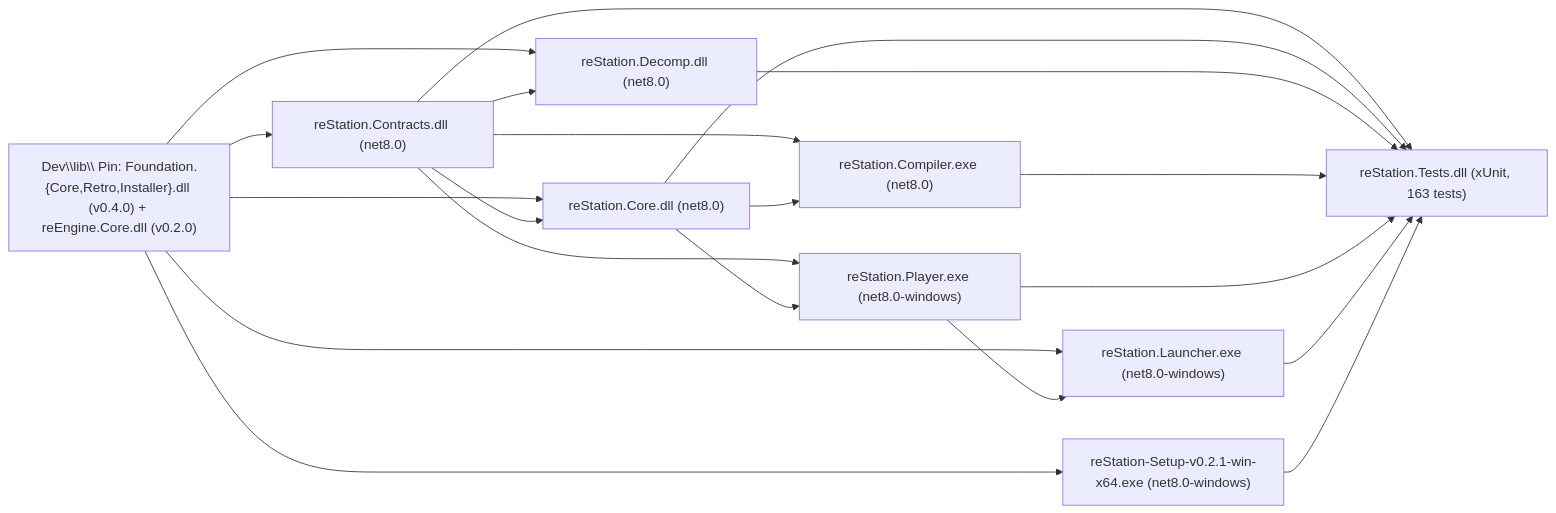
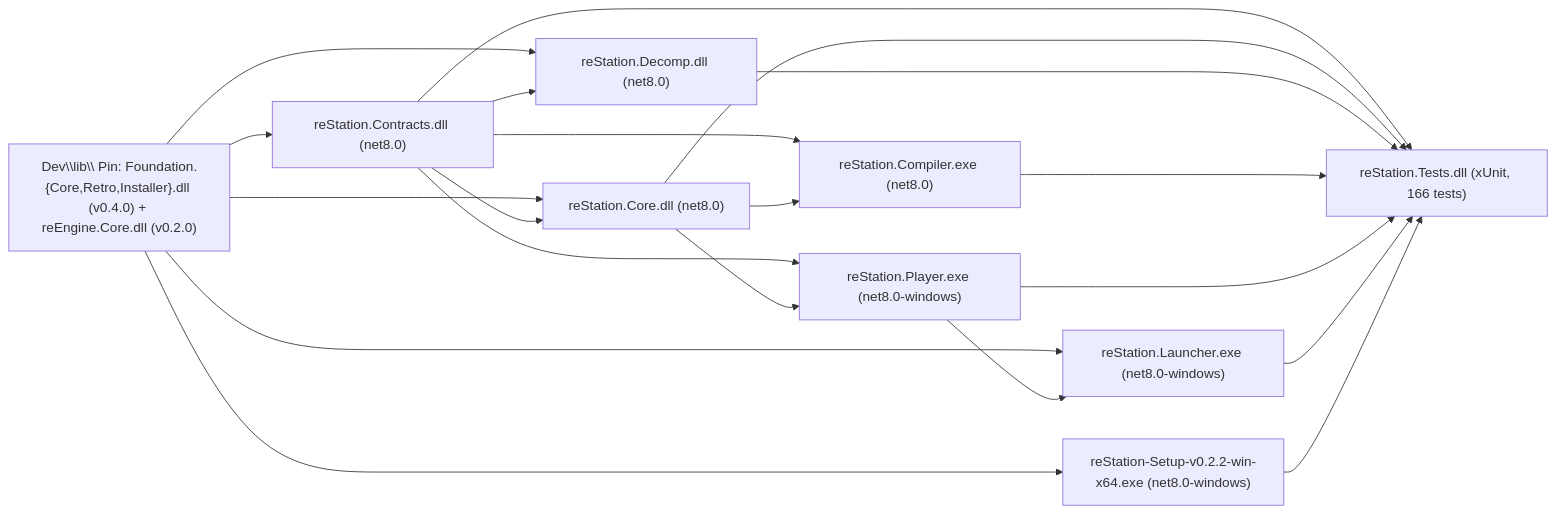
One commit to StreamItAllGit/reSlate changed the second of 2 diagrams in Dev/docs/ARCHITECTURE.md. Above: the diagram before and after it, drawn with Mermaid. The commit also changed other lines of this file and 33 other files, not shown here.

````diff
--- a/Dev/docs/ARCHITECTURE.md
+++ b/Dev/docs/ARCHITECTURE.md
@@ -51,32 +51,32 @@
 ```mermaid
 flowchart LR
     EXT["Dev\\lib\\ Pin: Foundation.{Core,Retro,Installer}.dll (v0.4.0) + reEngine.Core.dll (v0.2.0)"]
     CON["reStation.Contracts.dll (net8.0)"]
     CORE["reStation.Core.dll (net8.0)"]
     DEC["reStation.Decomp.dll (net8.0)"]
     CMP["reStation.Compiler.exe (net8.0)"]
     PLY["reStation.Player.exe (net8.0-windows)"]
     LNC["reStation.Launcher.exe (net8.0-windows)"]
-    INS["reStation-Setup-v0.2.1-win-x64.exe (net8.0-windows)"]
-    TST["reStation.Tests.dll (xUnit, 163 tests)"]
+    INS["reStation-Setup-v0.2.2-win-x64.exe (net8.0-windows)"]
+    TST["reStation.Tests.dll (xUnit, 166 tests)"]
 
     EXT --> CON
     EXT --> CORE
     EXT --> DEC
     EXT --> INS
     EXT --> LNC
     CON --> CORE
     CON --> DEC
     CON --> CMP
     CON --> PLY
     CORE --> CMP
     CORE --> PLY
     PLY --> LNC
     CON --> TST
     CORE --> TST
     DEC --> TST
     CMP --> TST
     PLY --> TST
     LNC --> TST
     INS --> TST
 ```
````
